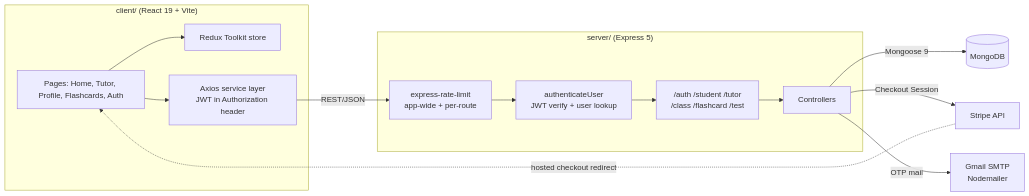
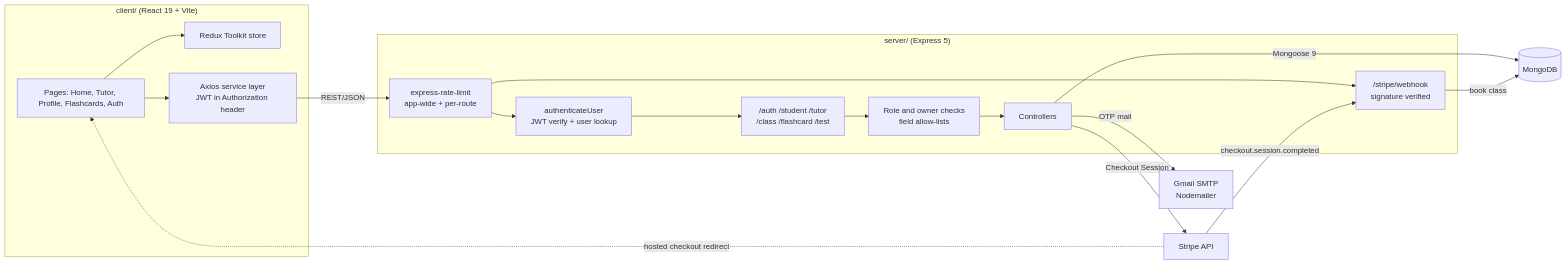
One commit to Sagargupta16/Lingua-Connect changed the first of 2 diagrams in README.md. Above: the diagram before and after it, drawn with Mermaid. The commit also changed other lines of this file and 83 other files, not shown here.

First line of the commit message:
feat: webhook booking, ownership checks, demo mode and api tests (#282)

````diff
--- a/README.md
+++ b/README.md
@@ -52,24 +75,29 @@
 ```mermaid
 flowchart LR
     subgraph Client["client/ (React 19 + Vite)"]
         UI[Pages: Home, Tutor, Profile, Flashcards, Auth]
         Store[Redux Toolkit store]
         API[Axios service layer<br/>JWT in Authorization header]
         UI --> Store
         UI --> API
     end
 
     subgraph Server["server/ (Express 5)"]
         RL[express-rate-limit<br/>app-wide + per-route]
         Auth[authenticateUser<br/>JWT verify + user lookup]
         Routes["/auth /student /tutor<br/>/class /flashcard /test"]
+        Owner[Role and owner checks<br/>field allow-lists]
         Ctrl[Controllers]
-        RL --> Auth --> Routes --> Ctrl
+        Hook["/stripe/webhook<br/>signature verified"]
+        RL --> Auth --> Routes --> Owner --> Ctrl
+        RL --> Hook
     end
 
     API -- REST/JSON --> RL
     Ctrl -- Mongoose 9 --> DB[(MongoDB)]
+    Hook -- book class --> DB
     Ctrl -- Checkout Session --> Stripe[Stripe API]
+    Stripe -- checkout.session.completed --> Hook
     Ctrl -- OTP mail --> Mail[Gmail SMTP<br/>Nodemailer]
     Stripe -. hosted checkout redirect .-> UI
 ```
````
